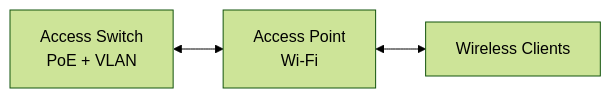
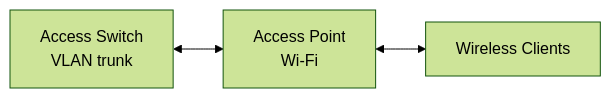
Before and after one commit to deevnet/deevnet-docs: the diagram in content/docs/platforms/network/access-point/_index.md, drawn with Mermaid (forest theme). The commit also changed other lines of this file and 2 other files, not shown here.

```diff
--- a/content/docs/platforms/network/access-point/_index.md
+++ b/content/docs/platforms/network/access-point/_index.md
@@ -12,4 +12,4 @@
 {{< mermaid >}}
 graph LR
-    A[Access Switch<br>PoE + VLAN] <--> B[Access Point<br>Wi-Fi] <--> C[Wireless Clients]
+    A[Access Switch<br>VLAN trunk] <--> B[Access Point<br>Wi-Fi] <--> C[Wireless Clients]
 {{< /mermaid >}}
```
